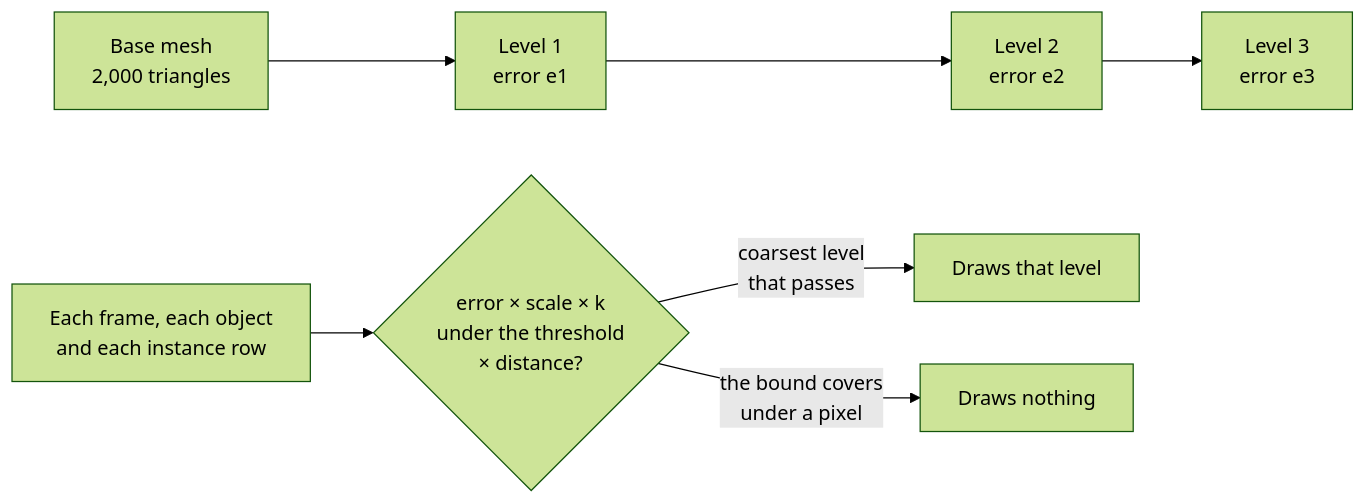
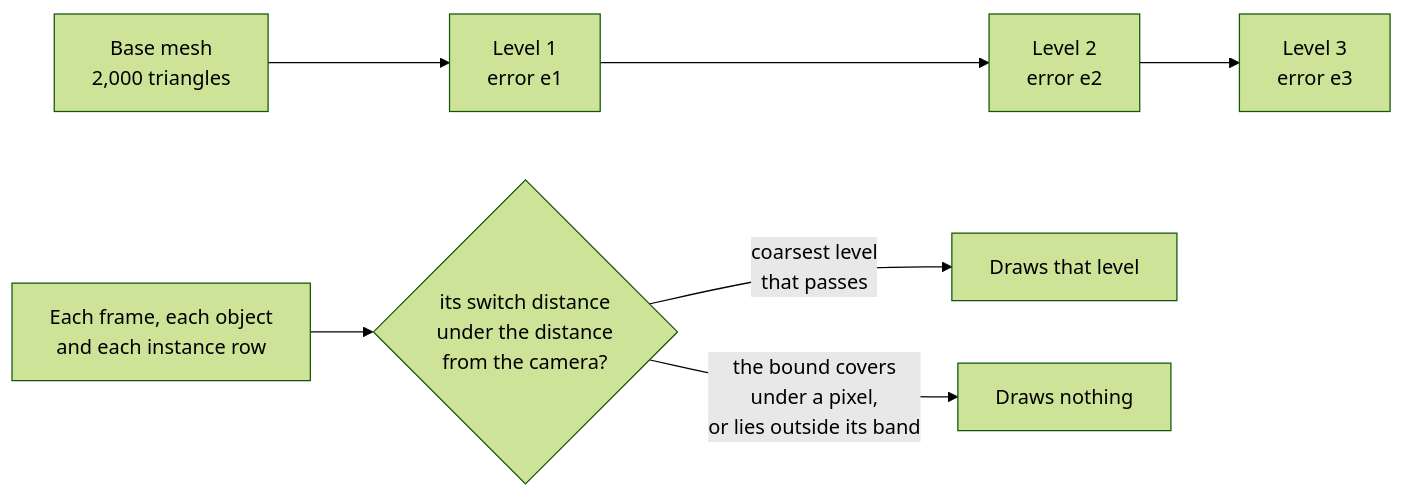
One commit to null3d-engine/null3d changed the diagram in docs/concepts/lod.md. Above: the diagram before and after it, drawn with Mermaid (forest theme). The commit also changed other lines of this file and 43 other files, not shown here.

First line of the commit message:
feat(engine): fade a level where its switch shows, and draw in distance bands

````diff
--- a/docs/concepts/lod.md
+++ b/docs/concepts/lod.md
@@ -13,9 +13,9 @@
 ```mermaid
 flowchart LR
     base["Base mesh<br/>2,000 triangles"] --> l1["Level 1<br/>error e1"]
     l1 --> l2["Level 2<br/>error e2"]
     l2 --> l3["Level 3<br/>error e3"]
-    pick["Each frame, each object<br/>and each instance row"] --> rule{"error × scale × k<br/>under the threshold<br/>× distance?"}
+    pick["Each frame, each object<br/>and each instance row"] --> rule{"its switch distance<br/>under the distance<br/>from the camera?"}
     rule -->|"coarsest level<br/>that passes"| draw["Draws that level"]
-    rule -->|"the bound covers<br/>under a pixel"| hide["Draws nothing"]
+    rule -->|"the bound covers<br/>under a pixel,<br/>or lies outside its band"| hide["Draws nothing"]
 ```
````
